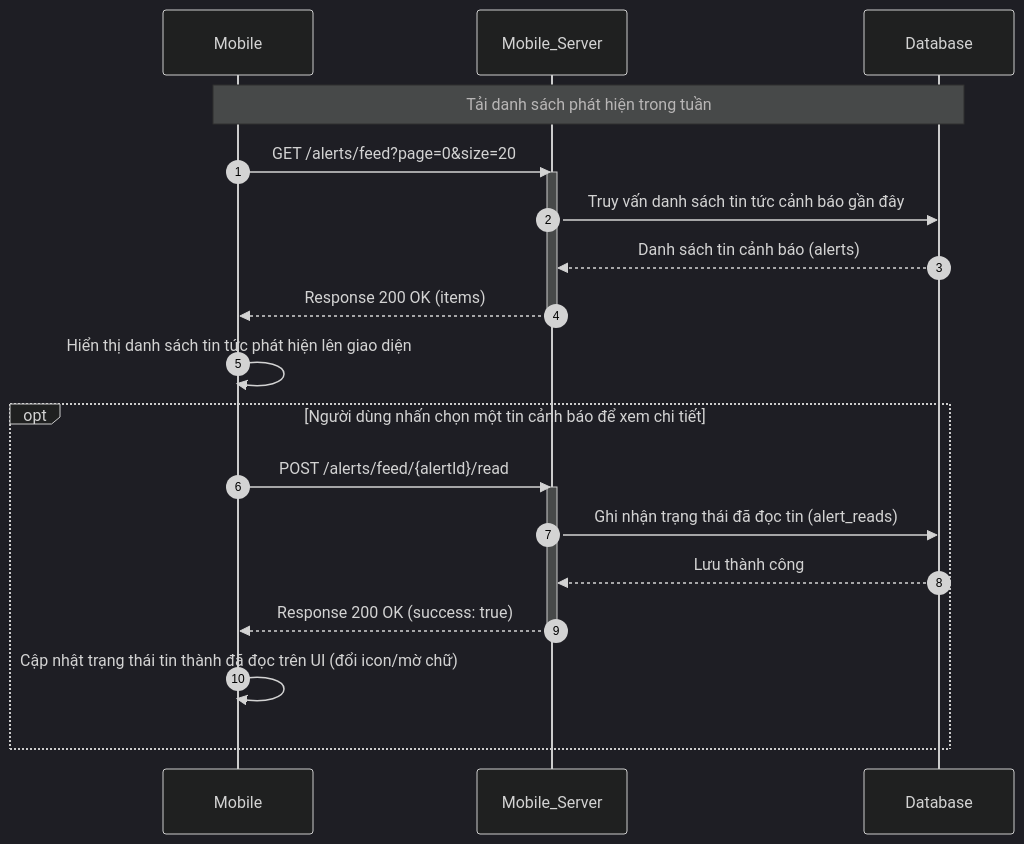
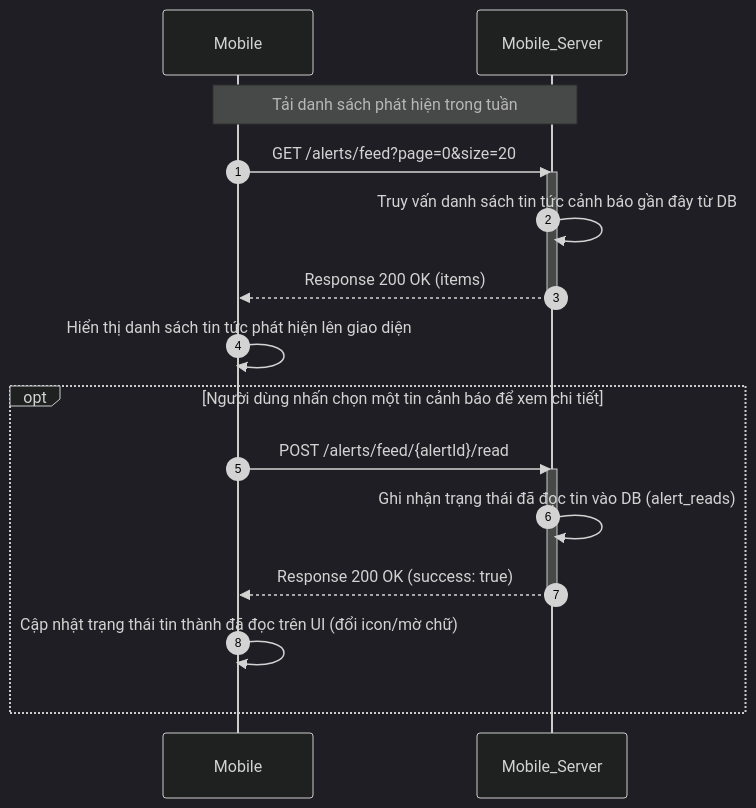
Before and after one commit to trungnguyenthien/Wildlife-Warning-and-Deterrence-System: the seventh of 18 diagrams in docs/04-sequence-diagram.md, drawn with Mermaid (dark theme). The commit also changed other lines of this file, not shown here.

Commit message:
docs: update sequence diagram to reflect latest system flow refinements

````diff
--- a/docs/04-sequence-diagram.md
+++ b/docs/04-sequence-diagram.md
@@ -324,26 +311,23 @@
 ```mermaid
 sequenceDiagram
     autonumber
     participant Mobile as Mobile
     participant Mobile_Server as Mobile_Server
-    participant Database as Database
 
-    Note over Mobile, Database: Tải danh sách phát hiện trong tuần
+    Note over Mobile, Mobile_Server: Tải danh sách phát hiện trong tuần
     Mobile->>Mobile_Server: GET /alerts/feed?page=0&size=20
     activate Mobile_Server
-    Mobile_Server->>Database: Truy vấn danh sách tin tức cảnh báo gần đây
-    Database-->>Mobile_Server: Danh sách tin cảnh báo (alerts)
+    Mobile_Server->>Mobile_Server: Truy vấn danh sách tin tức cảnh báo gần đây từ DB
     Mobile_Server-->>Mobile: Response 200 OK (items)
     deactivate Mobile_Server
     Mobile->>Mobile: Hiển thị danh sách tin tức phát hiện lên giao diện
 
     opt Người dùng nhấn chọn một tin cảnh báo để xem chi tiết
         Mobile->>Mobile_Server: POST /alerts/feed/{alertId}/read
         activate Mobile_Server
-        Mobile_Server->>Database: Ghi nhận trạng thái đã đọc tin (alert_reads)
-        Database-->>Mobile_Server: Lưu thành công
+        Mobile_Server->>Mobile_Server: Ghi nhận trạng thái đã đọc tin vào DB (alert_reads)
         Mobile_Server-->>Mobile: Response 200 OK (success: true)
         deactivate Mobile_Server
         Mobile->>Mobile: Cập nhật trạng thái tin thành đã đọc trên UI (đổi icon/mờ chữ)
     end
 ```
````
